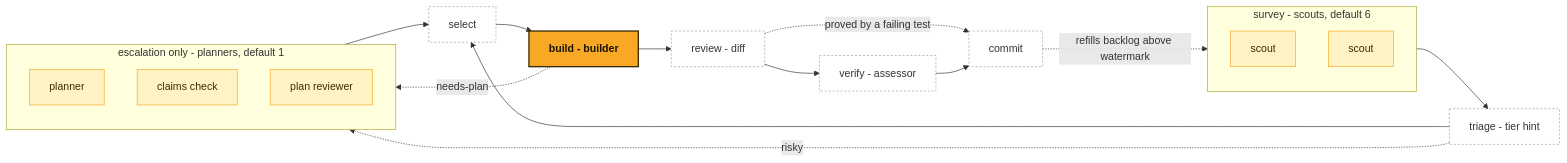
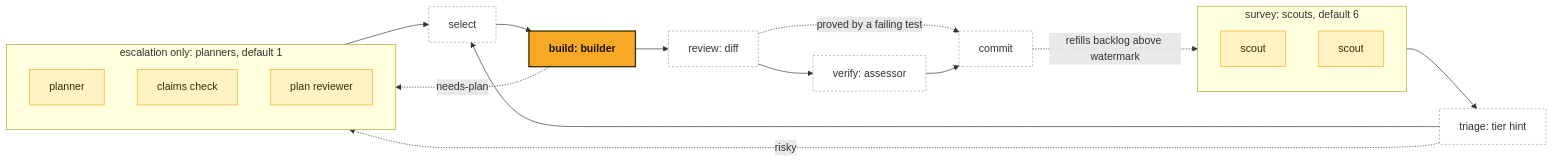
The diagram in plugins/ranger/README.md (gshepptech/the-tavern), drawn with Mermaid before and after one commit. The commit also changed other lines of this file, not shown here.

````diff
--- a/plugins/ranger/README.md
+++ b/plugins/ranger/README.md
@@ -85,29 +74,29 @@
 ```mermaid
 flowchart LR
     classDef pool fill:#FFF3C4,stroke:#F9A825,stroke-width:1px,color:#3a2e00;
     classDef serial fill:#F9A825,stroke:#3a2e00,stroke-width:2px,color:#1a1400,font-weight:bold;
     classDef lead fill:none,stroke:#999,stroke-width:1px,stroke-dasharray:3 3;
 
-    subgraph SU["survey - scouts, default 6"]
+    subgraph SU["survey: scouts, default 6"]
         direction TB
         s1[scout]:::pool
         s2[scout]:::pool
     end
-    subgraph ESC["escalation only - planners, default 1"]
+    subgraph ESC["escalation only: planners, default 1"]
         direction TB
         p1[planner]:::pool
         c1[claims check]:::pool
         r1[plan reviewer]:::pool
     end
 
-    SU --> TRI[triage - tier hint]:::lead
+    SU --> TRI[triage: tier hint]:::lead
     TRI --> SEL[select]:::lead
     TRI -.risky.-> ESC --> SEL
-    SEL --> BUILD[build - builder]:::serial
+    SEL --> BUILD[build: builder]:::serial
     BUILD -.needs-plan.-> ESC
-    BUILD --> DIFF[review - diff]:::lead
-    DIFF --> VER[verify - assessor]:::lead
+    BUILD --> DIFF[review: diff]:::lead
+    DIFF --> VER[verify: assessor]:::lead
     DIFF -.proved by a failing test.-> COM
     VER --> COM[commit]:::lead
     COM -.refills backlog above watermark.-> SU
 ```
````
